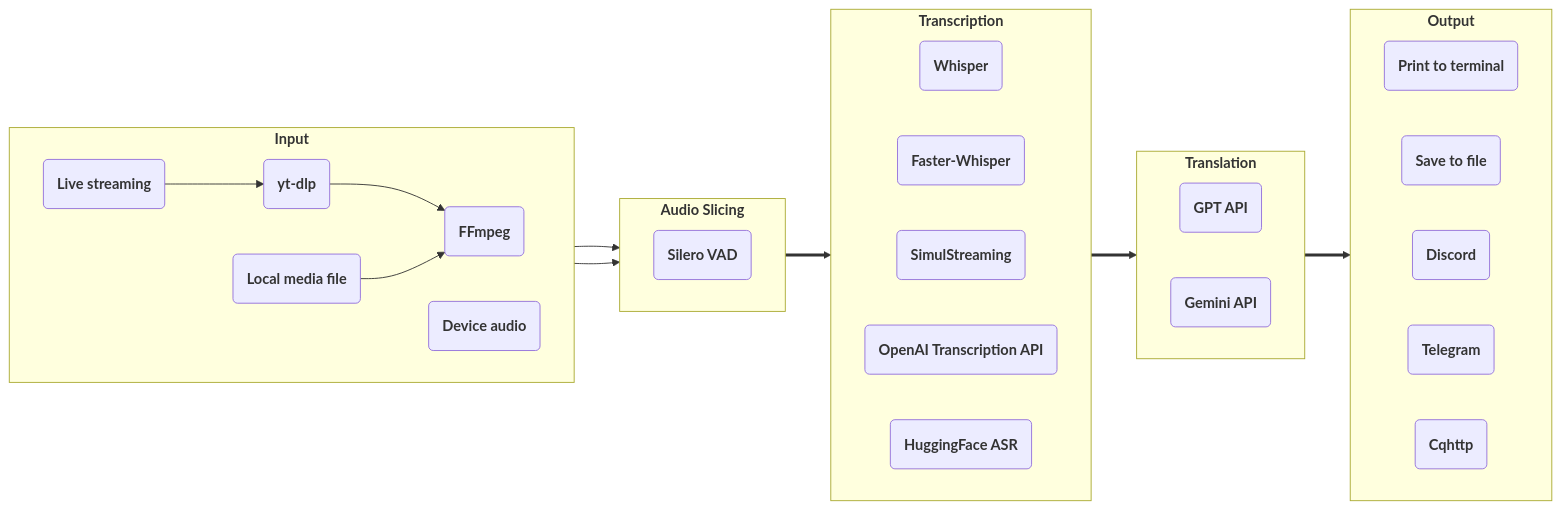
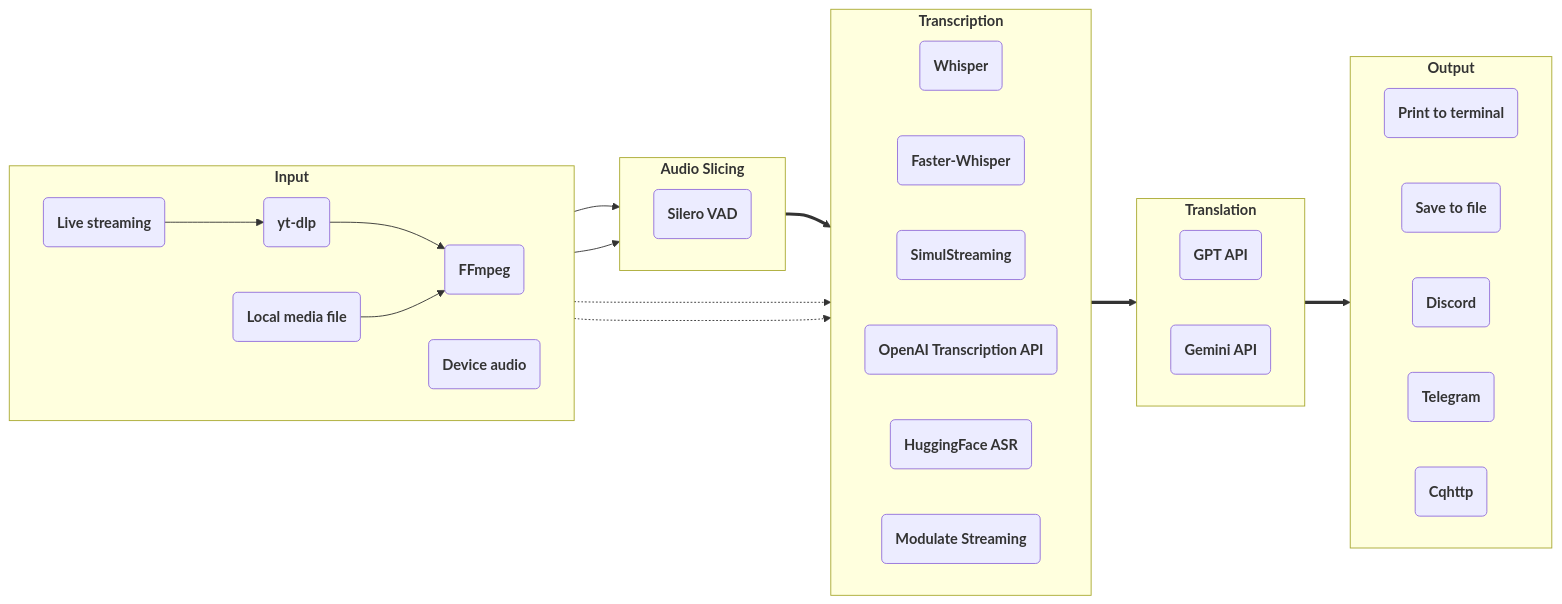
The diagram in README.md (tqyaaaaang/stream-translator-gpt), drawn with Mermaid before and after one commit. The commit also changed other lines of this file and 14 other files, not shown here.

Commit message:
feat(transcription): add Modulate streaming backend

````diff
--- a/README.md
+++ b/README.md
@@ -25,44 +26,47 @@
 ```mermaid
 flowchart LR
     subgraph ga["`**Input**`"]
         direction LR
         aa("`**FFmpeg**`")
         ab("`**Device audio**`")
         ac("`**yt-dlp**`")
         ad("`**Local media file**`")
         ae("`**Live streaming**`")
         ac --> aa
         ad --> aa
         ae --> ac
     end
     subgraph gb["`**Audio Slicing**`"]
         direction LR
         ba("`**Silero VAD**`")
     end
     subgraph gc["`**Transcription**`"]
         direction LR
         ca("`**Whisper**`")
         cb("`**Faster-Whisper**`")
         cc("`**SimulStreaming**`")
         cd("`**OpenAI Transcription API**`")
         ce("`**HuggingFace ASR**`")
+        cf("`**Modulate Streaming**`")
     end
     subgraph gd["`**Translation**`"]
         direction LR
         da("`**GPT API**`")
         db("`**Gemini API**`")
     end
     subgraph ge["`**Output**`"]
         direction LR
         ea("`**Print to terminal**`")
         ee("`**Save to file**`")
         ec("`**Discord**`")
         ed("`**Telegram**`")
         eb("`**Cqhttp**`")
     end
     aa --> gb
     ab --> gb
     gb ==> gc
+    aa -.-> cf
+    ab -.-> cf
     gc ==> gd
     gd ==> ge
 ```
````
